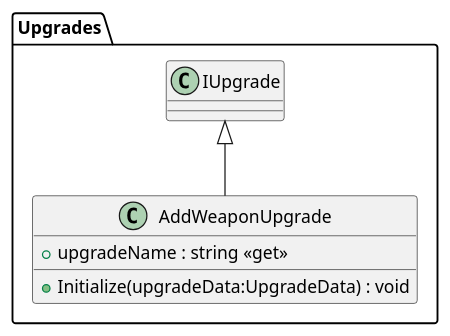
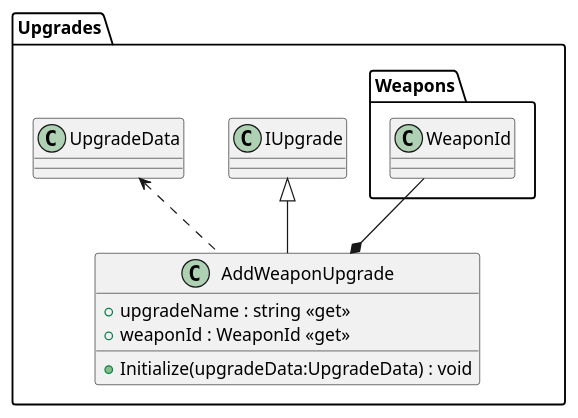
Before and after one commit to asterisk-cn/RougueShooter: the diagram in plantuml/target/Upgrade/AddWeaponUpgrade.puml, drawn with PlantUML. The commit also changed 26 other files, not shown here.

```diff
--- a/plantuml/target/Upgrade/AddWeaponUpgrade.puml
+++ b/plantuml/target/Upgrade/AddWeaponUpgrade.puml
@@ -1,9 +1,12 @@
 @startuml
 namespace Upgrades{
 class AddWeaponUpgrade {
     + upgradeName : string <<get>>
+    + weaponId : WeaponId <<get>>
     + Initialize(upgradeData:UpgradeData) : void
 }
-IUpgrade <|-- AddWeaponUpgrade
+Upgrades.IUpgrade <|-- AddWeaponUpgrade
+Upgrades.UpgradeData <.. AddWeaponUpgrade
+Weapons.WeaponId --* AddWeaponUpgrade
 }
 @enduml
```
